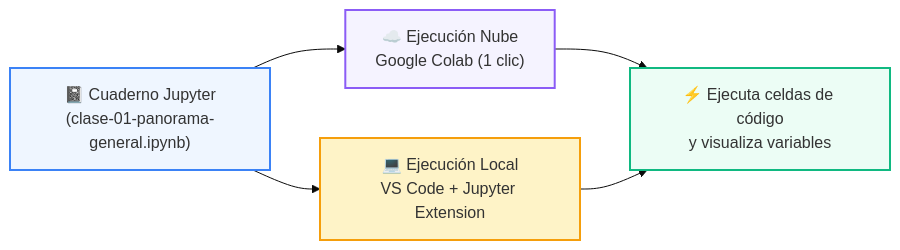
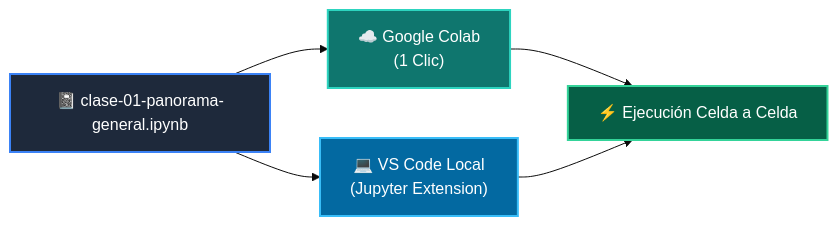
Before and after one commit to wisrovi/wisrovi-python: the diagram in 01-fundamentos-python/clase-01-panorama-general/notebook/README.md, drawn with Mermaid (base theme). The commit also changed other lines of this file and 271 other files, not shown here.

Commit message:
docs: rewrite all README.md files with bespoke topic-specific Mermaid diagrams and remove repetitive boilerplate

````diff
--- a/01-fundamentos-python/clase-01-panorama-general/notebook/README.md
+++ b/01-fundamentos-python/clase-01-panorama-general/notebook/README.md
@@ -14,12 +12,12 @@
 ```mermaid
 flowchart LR
-    NB["📓 Cuaderno Jupyter<br/>(clase-01-panorama-general.ipynb)"] --> COLAB["☁️ Ejecución Nube<br/>Google Colab (1 clic)"]
-    NB --> LOCAL["💻 Ejecución Local<br/>VS Code + Jupyter Extension"]
-    COLAB --> RUN["⚡ Ejecuta celdas de código<br/>y visualiza variables"]
+    NB["📓 clase-01-panorama-general.ipynb"] --> COLAB["☁️ Google Colab<br/>(1 Clic)"]
+    NB --> LOCAL["💻 VS Code Local<br/>(Jupyter Extension)"]
+    COLAB --> RUN["⚡ Ejecución Celda a Celda"]
     LOCAL --> RUN
 
-    style NB fill:#eff6ff,stroke:#3b82f6,stroke-width:2px
-    style COLAB fill:#f5f3ff,stroke:#8b5cf6,stroke-width:2px
-    style LOCAL fill:#fef3c7,stroke:#f59e0b,stroke-width:2px
-    style RUN fill:#ecfdf5,stroke:#10b981,stroke-width:2px
+    style NB fill:#1e293b,color:#fff,stroke:#3b82f6,stroke-width:2px
+    style COLAB fill:#0f766e,color:#fff,stroke:#2dd4bf,stroke-width:2px
+    style LOCAL fill:#0369a1,color:#fff,stroke:#38bdf8,stroke-width:2px
+    style RUN fill:#065f46,color:#fff,stroke:#34d399,stroke-width:2px
 ```
````
